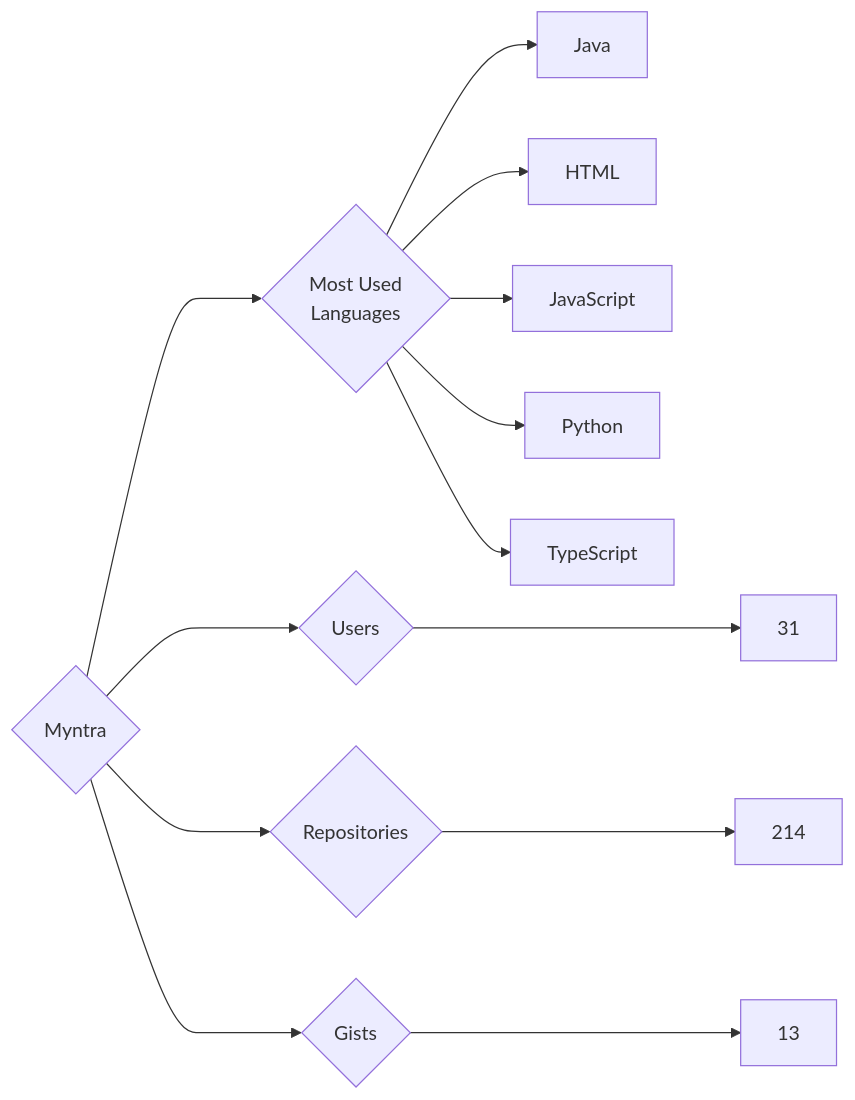
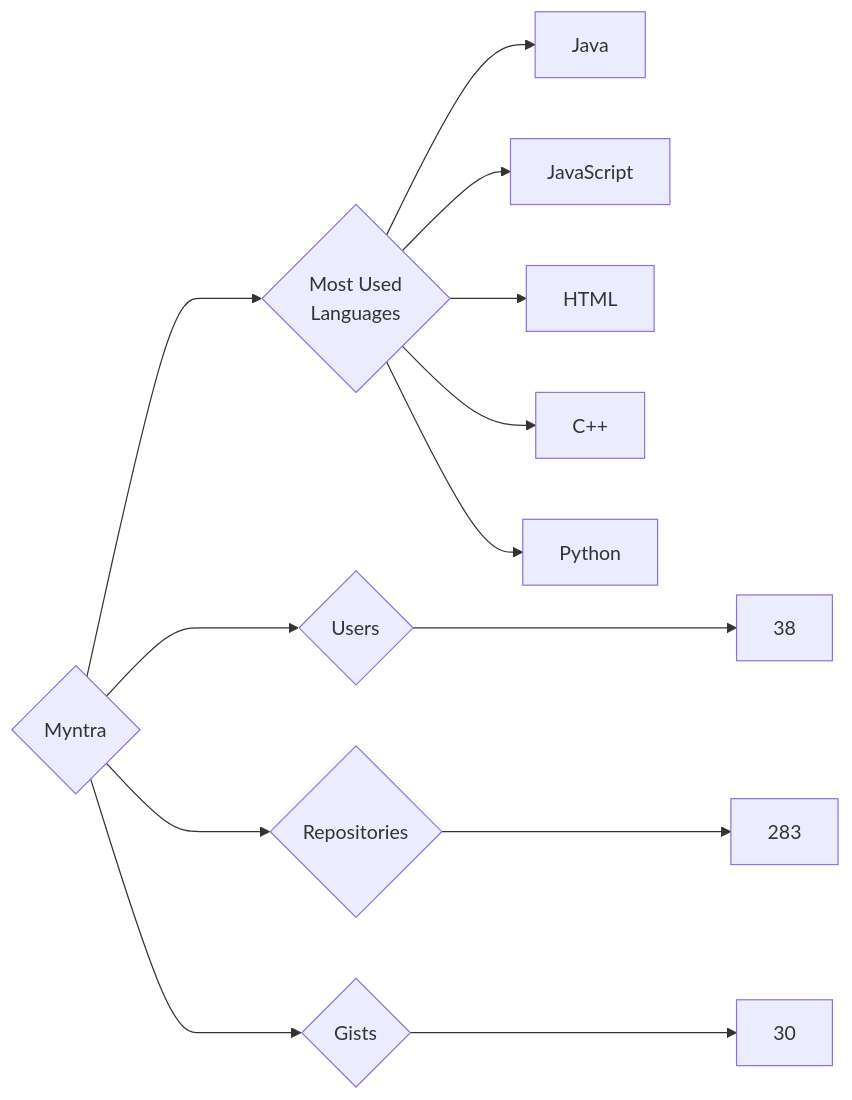
One commit to trickest/insiders changed the diagram in targets/Myntra/README.md. Above: the diagram before and after it, drawn with Mermaid. The commit also changed 851 other files, not shown here.

````diff
--- a/targets/Myntra/README.md
+++ b/targets/Myntra/README.md
@@ -3,13 +3,13 @@
 ```mermaid
 graph LR
 COMPANY_NAME{Myntra}
-COMPANY_NAME ---> U{Users} ---> UN[31]
-COMPANY_NAME ---> R{Repositories} ---> RN[214]
-COMPANY_NAME ---> G{Gists} ---> GN[13]
+COMPANY_NAME ---> U{Users} ---> UN[38]
+COMPANY_NAME ---> R{Repositories} ---> RN[283]
+COMPANY_NAME ---> G{Gists} ---> GN[30]
 COMPANY_NAME ---> ML{Most Used<br>Languages}
 ML --> Java[Java]
+ML --> JavaScript[JavaScript]
 ML --> HTML[HTML]
-ML --> JavaScript[JavaScript]
+ML --> C++[C++]
 ML --> Python[Python]
-ML --> TypeScript[TypeScript]
 ```
````
